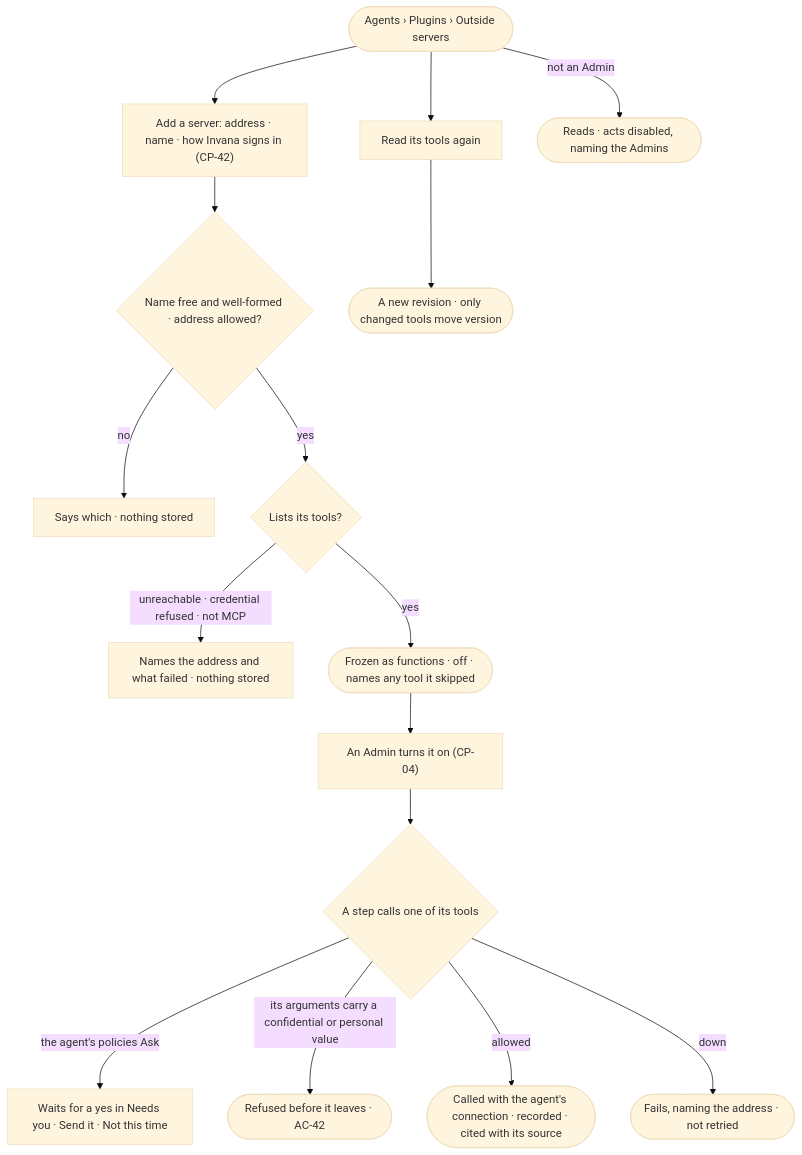
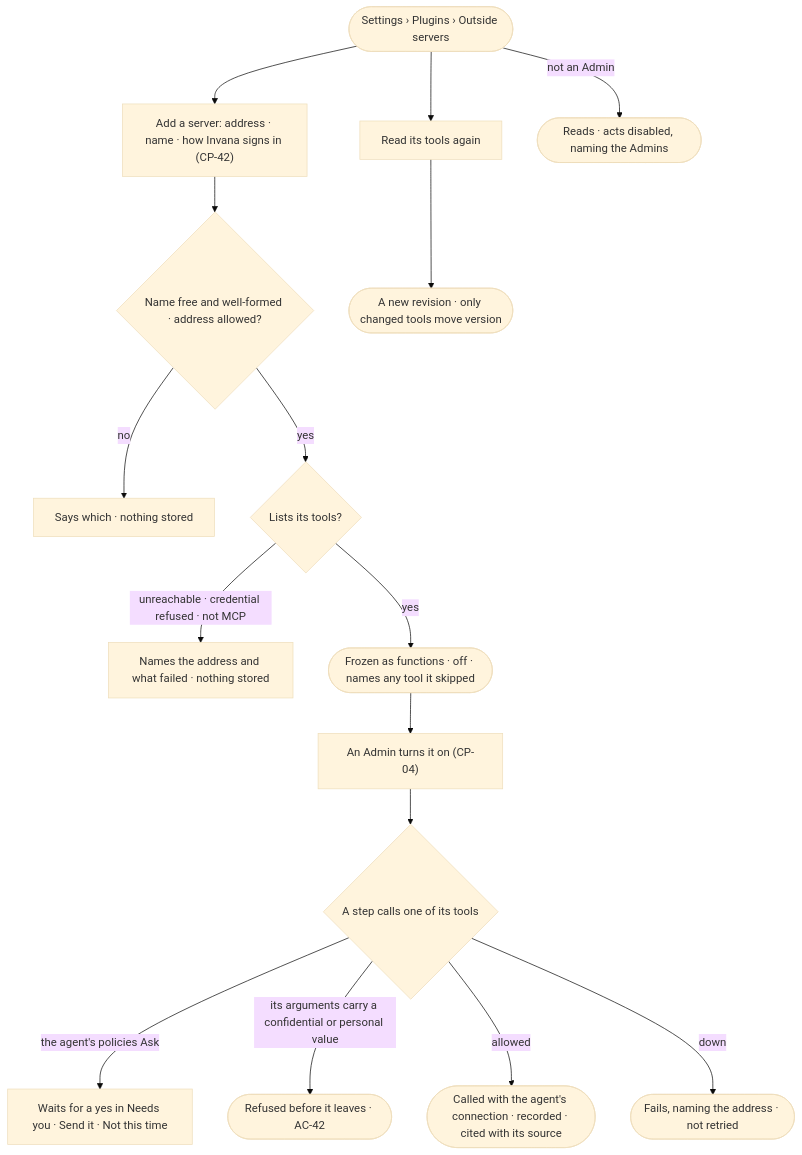
One commit to invana/invana changed the diagram in specs/os/control/features/CP-F02-plugins-and-outside-tools/stories/CP-02-add-an-outside-mcp-server-and-let-agents-call-its-tools/story.md. Above: the diagram before and after it, drawn with Mermaid (base theme). The commit also changed other lines of this file and 43 other files, not shown here.

First line of the commit message:
docs(specs): Agents mode keeps work; Plugins, Fleet, Workers move to Settings

````diff
--- a/specs/os/control/features/CP-F02-plugins-and-outside-tools/stories/CP-02-add-an-outside-mcp-server-and-let-agents-call-its-tools/story.md
+++ b/specs/os/control/features/CP-F02-plugins-and-outside-tools/stories/CP-02-add-an-outside-mcp-server-and-let-agents-call-its-tools/story.md
@@ -29,18 +29,18 @@
 ```mermaid
 flowchart TD
-  s([Agents › Plugins › Outside servers]) --> a["Add a server: address · name · how Invana signs in (CP-42)"]
+  s([Settings › Plugins › Outside servers]) --> a["Add a server: address · name · how Invana signs in (CP-42)"]
   a --> n{"Name free and well-formed · address allowed?"}
   n -->|no| nf["Says which · nothing stored"]
   n -->|yes| l{"Lists its tools?"}
   l -->|unreachable · credential refused · not MCP| lf["Names the address and what failed · nothing stored"]
   l -->|yes| fz(["Frozen as functions · off · names any tool it skipped"])
   fz --> on["An Admin turns it on (CP-04)"]
   on --> use{"A step calls one of its tools"}
   use -->|the agent's policies Ask| ask["Waits for a yes in Needs you · Send it · Not this time"]
   use -->|its arguments carry a confidential or personal value| ob(["Refused before it leaves · AC-42"])
   use -->|allowed| call(["Called with the agent's connection · recorded · cited with its source"])
   use -->|down| down(["Fails, naming the address · not retried"])
   s --> rf["Read its tools again"]
   rf --> rv(["A new revision · only changed tools move version"])
   s -->|not an Admin| ro(["Reads · acts disabled, naming the Admins"])
 ```
````
